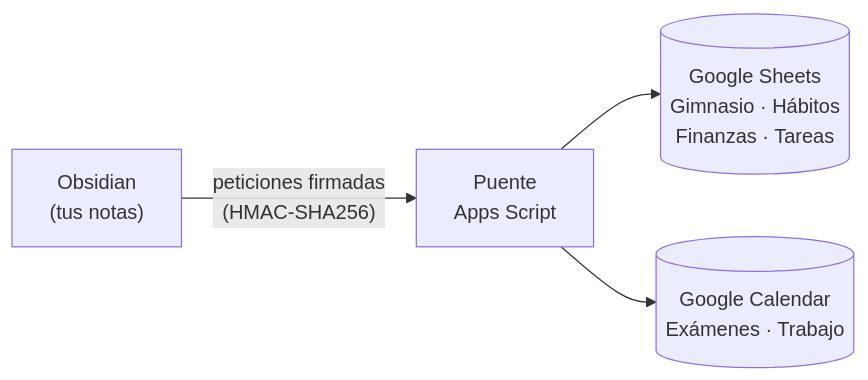
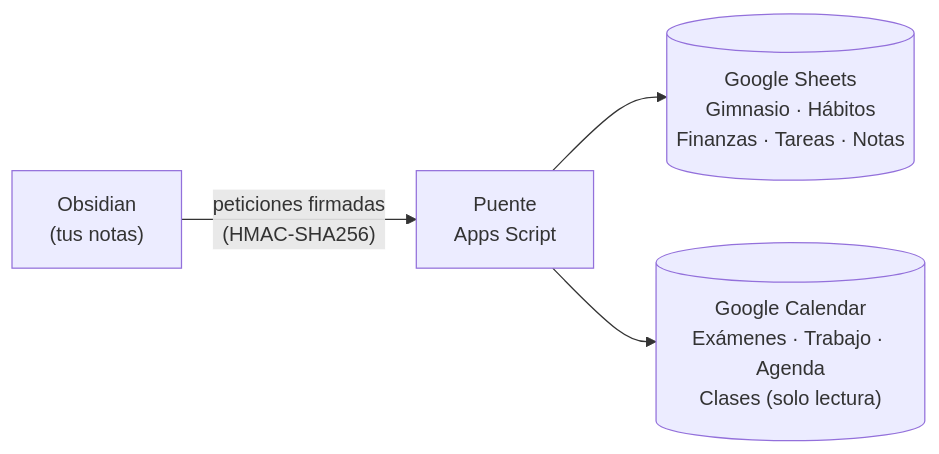
Before and after one commit to TomasPuerto06/panel-obsidian: the diagram in README.md, drawn with Mermaid. The commit also changed other lines of this file and 24 other files, not shown here.

````diff
--- a/README.md
+++ b/README.md
@@ -117,6 +120,6 @@
 ```mermaid
 flowchart LR
     A["Obsidian<br/>(tus notas)"] -- "peticiones firmadas<br/>(HMAC-SHA256)" --> B["Puente<br/>Apps Script"]
-    B --> C[("Google Sheets<br/>Gimnasio · Hábitos<br/>Finanzas · Tareas")]
-    B --> D[("Google Calendar<br/>Exámenes · Trabajo")]
+    B --> C[("Google Sheets<br/>Gimnasio · Hábitos<br/>Finanzas · Tareas · Notas")]
+    B --> D[("Google Calendar<br/>Exámenes · Trabajo · Agenda<br/>Clases (solo lectura)")]
 ```
````
